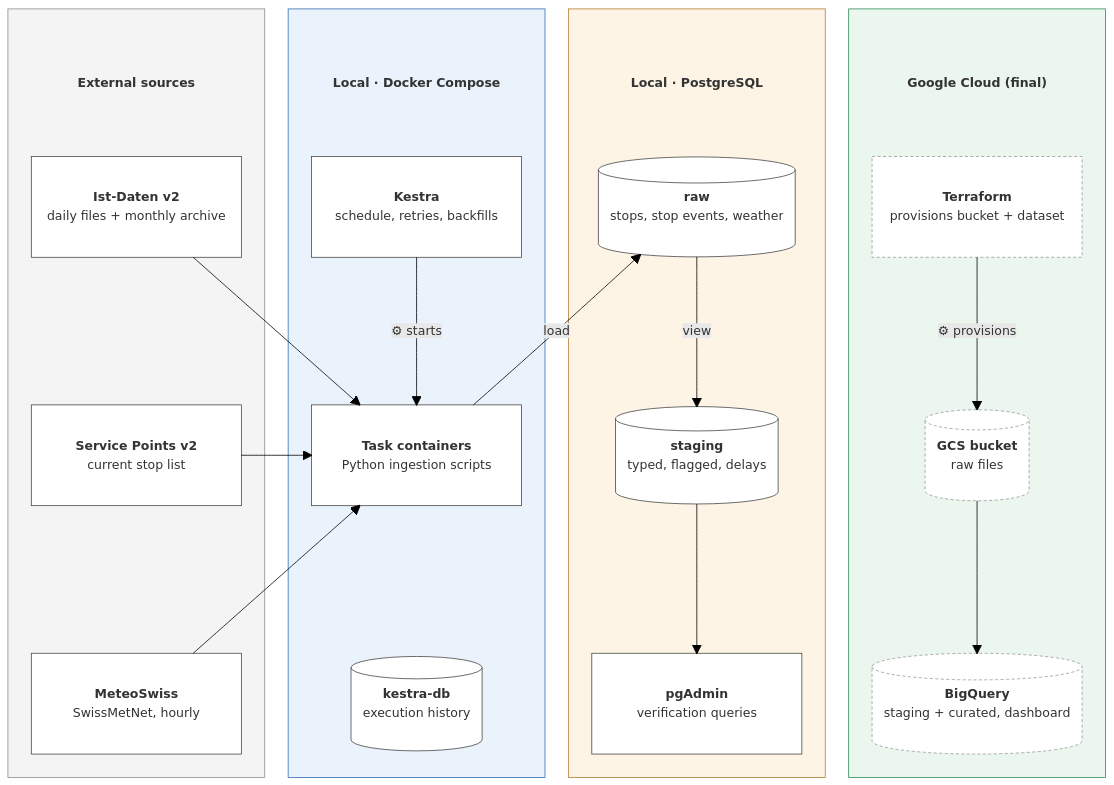
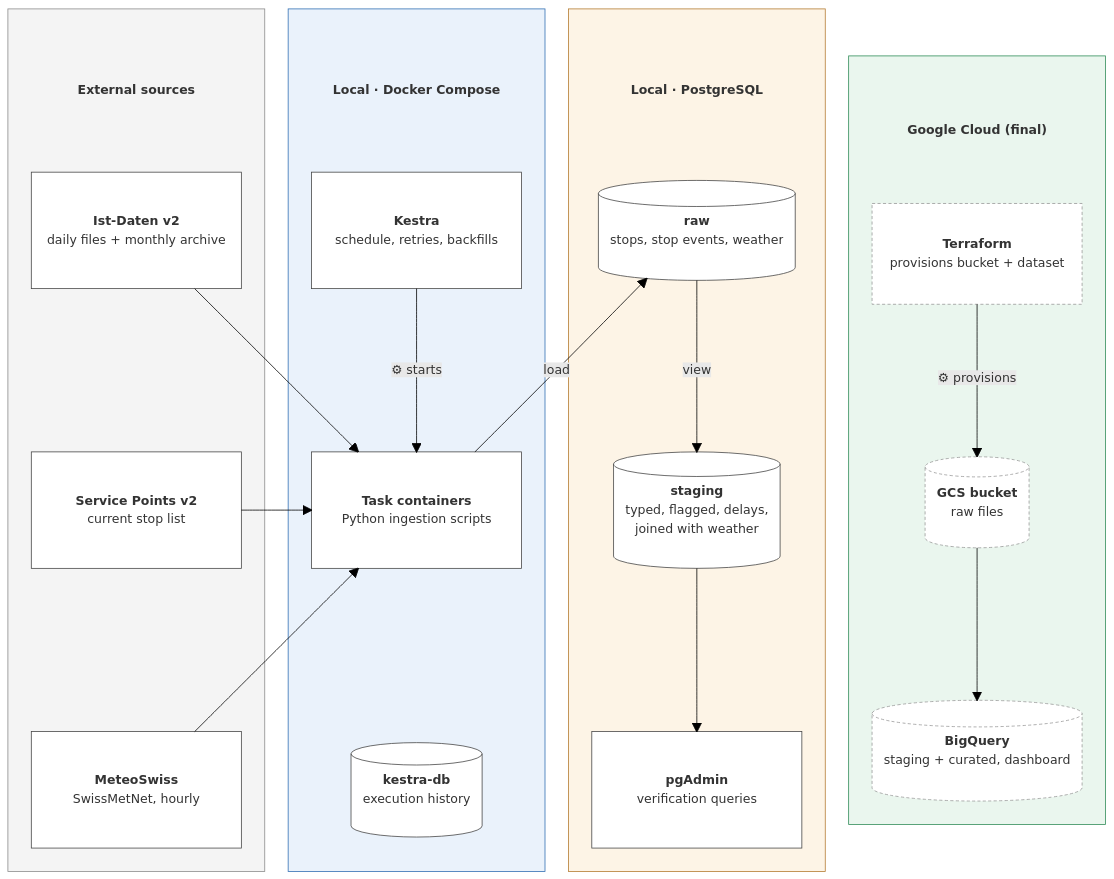
Before and after one commit to theodorahaimoff/HSLU_HS26_DENG: the diagram in README.md, drawn with Mermaid (forest theme). The commit also changed other lines of this file and 5 other files, not shown here.

````diff
--- a/README.md
+++ b/README.md
@@ -75,62 +75,62 @@
 ```mermaid
 %%{init: {"block": {"padding": 30}}}%%
 block-beta
   columns 4
   block:EXT:1
     columns 1
     T1["External sources"]
     S1["<b>Ist-Daten v2</b><br/>daily files + monthly archive"]
     space
     S2["<b>Service Points v2</b><br/>current stop list"]
     space
     S3["<b>MeteoSwiss</b><br/>SwissMetNet, hourly"]
   end
   block:DC:1
     columns 1
     T2["Local · Docker Compose"]
     K["<b>Kestra</b><br/>schedule, retries, backfills"]
     space
     I["<b>Task containers</b><br/>Python ingestion scripts"]
     space
     KDB[("<b>kestra-db</b><br/>execution history")]
   end
   block:PG:1
     columns 1
     T3["Local · PostgreSQL"]
     R[("<b>raw</b><br/>stops, stop events, weather")]
     space
-    ST[("<b>staging</b><br/>typed, flagged, delays")]
+    ST[("<b>staging</b><br/>typed, flagged, delays,<br/>joined with weather")]
     space
     A["<b>pgAdmin</b><br/>verification queries"]
   end
   block:GCP:1
     columns 1
     T4["Google Cloud (final)"]
     TF["<b>Terraform</b><br/>provisions bucket + dataset"]
     space
     G[("<b>GCS bucket</b><br/>raw files")]
     space
     B[("<b>BigQuery</b><br/>staging + curated, dashboard")]
   end
 
   S1 --> I
   S2 --> I
   S3 --> I
   K -- "⚙ starts" --> I
   I -- "load" --> R
   R -- "view" --> ST
   ST --> A
   TF -- "⚙ provisions" --> G
   G --> B
 
   classDef title fill:none,stroke:none,font-weight:bold
   classDef box fill:#ffffff,stroke:#444,color:#111
   classDef later fill:#ffffff,stroke:#999,color:#666,stroke-dasharray:4 3
   class T1,T2,T3,T4 title
   class S1,S2,S3,K,I,KDB,R,ST,A box
   class TF,G,B later
   style EXT fill:#f4f4f4,stroke:#8a8a8a
   style DC fill:#eaf2fb,stroke:#2f6db3
   style PG fill:#fdf4e6,stroke:#b37a2f
   style GCP fill:#eaf6ee,stroke:#2e8b57
 ```
````
